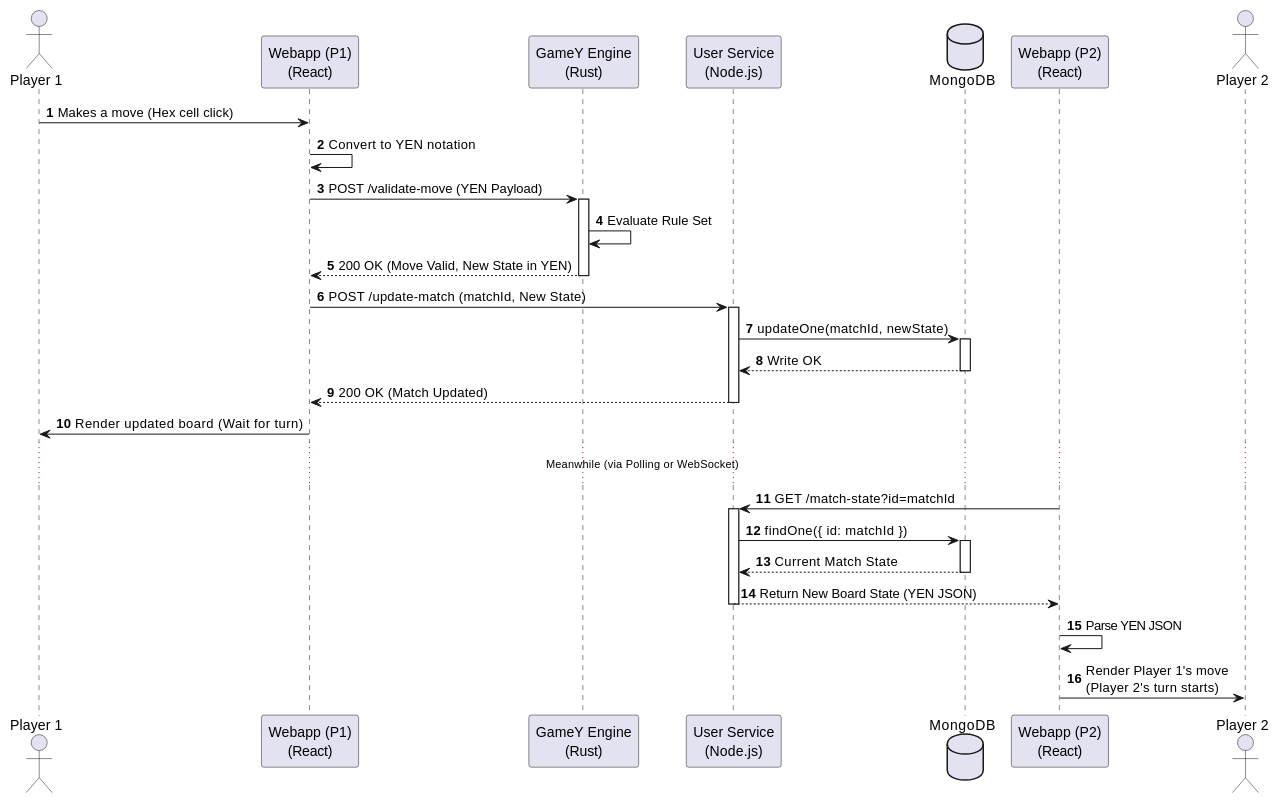
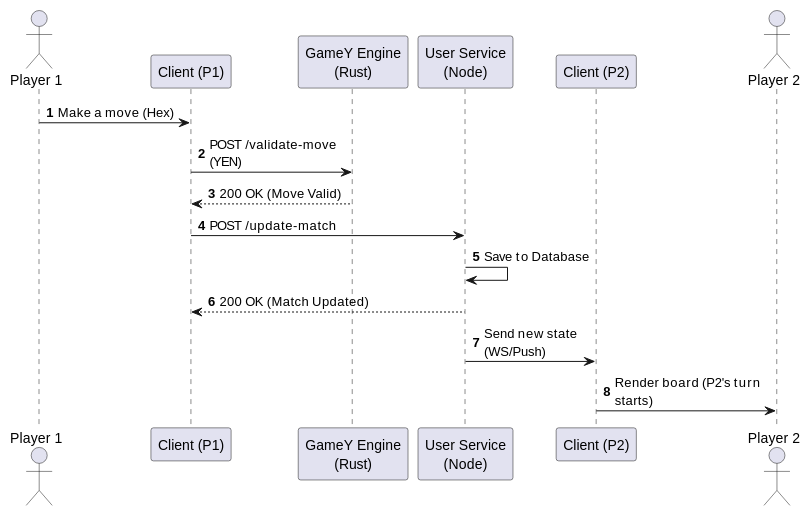
The second of 5 diagrams in docs/src/06_runtime_view.adoc (Arquisoft/yovi_en1a), drawn with PlantUML before and after one commit. The commit also changed other lines of this file, not shown here.

Commit message:
fixed docs 6.2 human vs human

```diff
--- a/docs/src/06_runtime_view.adoc
+++ b/docs/src/06_runtime_view.adoc
@@ -40,47 +40,28 @@
 [plantuml, target="human-vs-human", format="png"]
 ----
 @startuml
 autonumber
+skinparam maxMessageSize 150
+
 actor "Player 1" as P1
-participant "Webapp (P1)\n(React)" as UI1
+participant "Client (P1)" as UI1
 participant "GameY Engine\n(Rust)" as Rust
-participant "User Service\n(Node.js)" as Node
-database "MongoDB" as DB
-participant "Webapp (P2)\n(React)" as UI2
+participant "User Service\n(Node)" as Node
+participant "Client (P2)" as UI2
 actor "Player 2" as P2
 
-P1 -> UI1 : Makes a move (Hex cell click)
-UI1 -> UI1 : Convert to YEN notation
 
-UI1 -> Rust : POST /validate-move (YEN Payload)
-activate Rust
-Rust -> Rust : Evaluate Rule Set
-Rust --> UI1 : 200 OK (Move Valid, New State in YEN)
-deactivate Rust
+P1 -> UI1 : Make a move (Hex)
+UI1 -> Rust : POST /validate-move (YEN)
+Rust --> UI1 : 200 OK (Move Valid)
 
-UI1 -> Node : POST /update-match (matchId, New State)
-activate Node
-Node -> DB : updateOne(matchId, newState)
-activate DB
-DB --> Node : Write OK
-deactivate DB
+
+UI1 -> Node : POST /update-match
+Node -> Node : Save to Database
 Node --> UI1 : 200 OK (Match Updated)
-deactivate Node
 
-UI1 -> P1 : Render updated board (Wait for turn)
+Node -> UI2 : Send new state (WS/Push)
+UI2 -> P2 : Render board (P2's turn starts)
 
-... Meanwhile (via Polling or WebSocket) ...
-
-UI2 -> Node : GET /match-state?id=matchId
-activate Node
-Node -> DB : findOne({ id: matchId })
-activate DB
-DB --> Node : Current Match State
-deactivate DB
-Node --> UI2 : Return New Board State (YEN JSON)
-deactivate Node
-
-UI2 -> UI2 : Parse YEN JSON
-UI2 -> P2 : Render Player 1's move\n(Player 2's turn starts)
 @enduml
 ----
```
